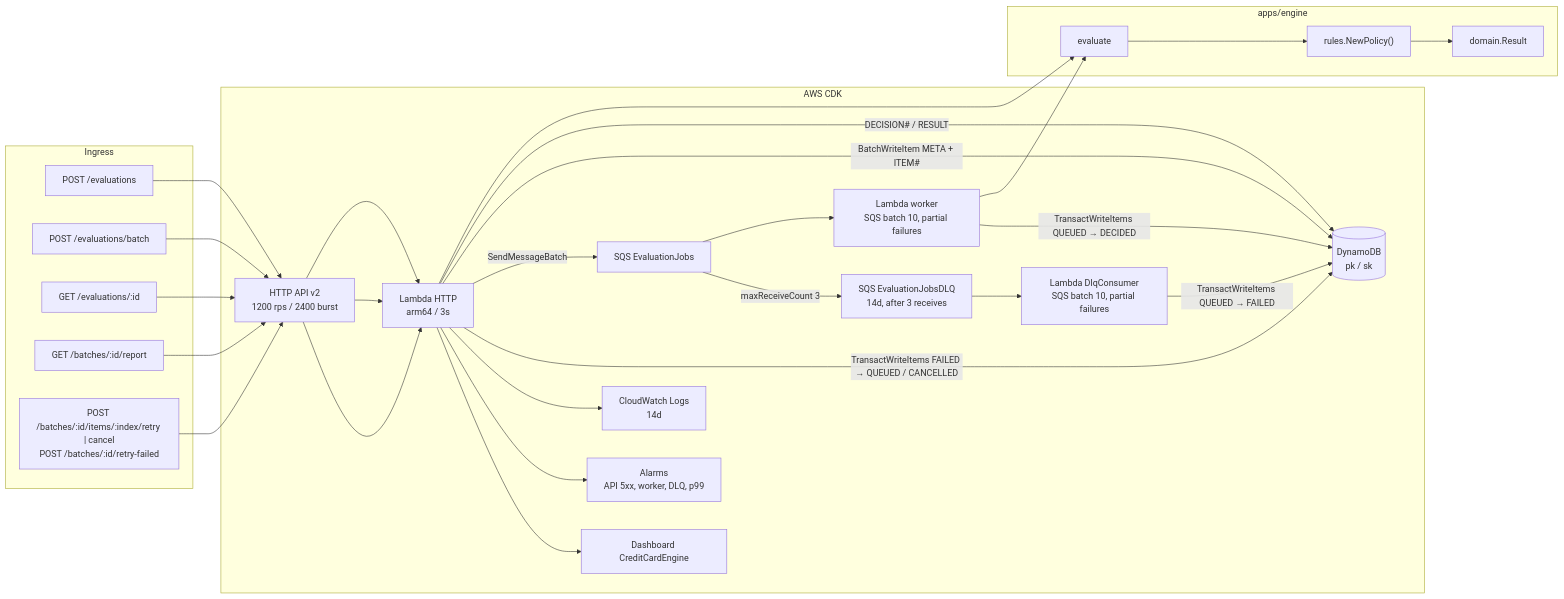
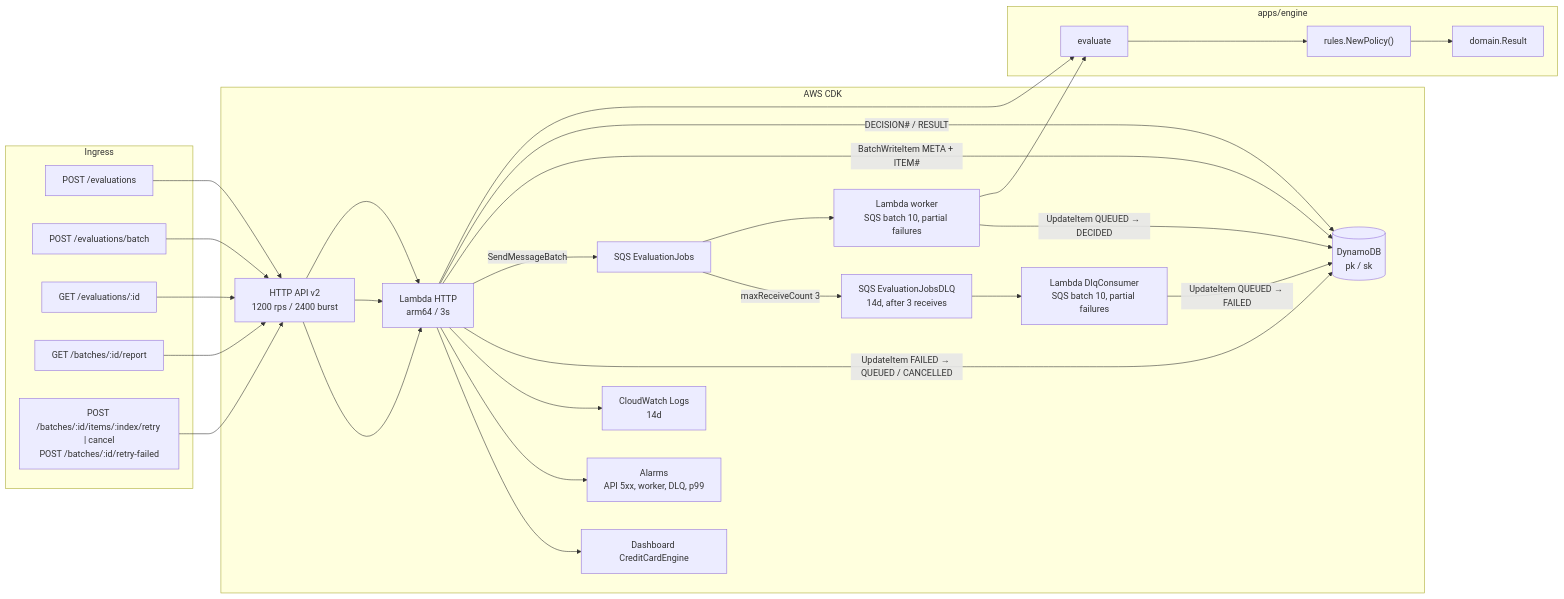
Before and after one commit to vitoladev/credit-card-engine: the first of 4 diagrams in docs/architecture.md, drawn with Mermaid. The commit also changed other lines of this file, not shown here.

First line of the commit message:
docs: describe per-item batch transitions again

````diff
--- a/docs/architecture.md
+++ b/docs/architecture.md
@@ -34,44 +34,44 @@
 ```mermaid
 flowchart LR
   subgraph clients [Ingress]
     sync["POST /evaluations"]
     batch["POST /evaluations/batch"]
     getOne["GET /evaluations/:id"]
     getReport["GET /batches/:id/report"]
     recover["POST /batches/:id/items/:index/retry | cancel\nPOST /batches/:id/retry-failed"]
   end
 
   subgraph edge [AWS CDK]
     api["HTTP API v2\n1200 rps / 2400 burst"]
     fn["Lambda HTTP\narm64 / 3s"]
     q["SQS EvaluationJobs"]
     worker["Lambda worker\nSQS batch 10, partial failures"]
     dlq["SQS EvaluationJobsDLQ\n14d, after 3 receives"]
     dlqFn["Lambda DlqConsumer\nSQS batch 10, partial failures"]
     ddb[("DynamoDB\npk / sk")]
     logs["CloudWatch Logs\n14d"]
     alarms["Alarms\nAPI 5xx, worker, DLQ, p99"]
     dash["Dashboard CreditCardEngine"]
   end
 
   subgraph core [apps/engine]
     ev["evaluate"]
     chain["rules.NewPolicy()"]
     domain["domain.Result"]
   end
 
   sync --> api --> fn --> ev
   fn -->|"DECISION# / RESULT"| ddb
   batch --> api --> fn -->|"BatchWriteItem META + ITEM#"| ddb
   fn -->|SendMessageBatch| q --> worker --> ev
-  worker -->|"TransactWriteItems QUEUED → DECIDED"| ddb
+  worker -->|"UpdateItem QUEUED → DECIDED"| ddb
   q -->|"maxReceiveCount 3"| dlq --> dlqFn
-  dlqFn -->|"TransactWriteItems QUEUED → FAILED"| ddb
-  recover --> api --> fn -->|"TransactWriteItems FAILED → QUEUED / CANCELLED"| ddb
+  dlqFn -->|"UpdateItem QUEUED → FAILED"| ddb
+  recover --> api --> fn -->|"UpdateItem FAILED → QUEUED / CANCELLED"| ddb
   getOne --> api
   getReport --> api
   ev --> chain --> domain
   fn --> logs
   fn --> alarms
   fn --> dash
 ```
````
